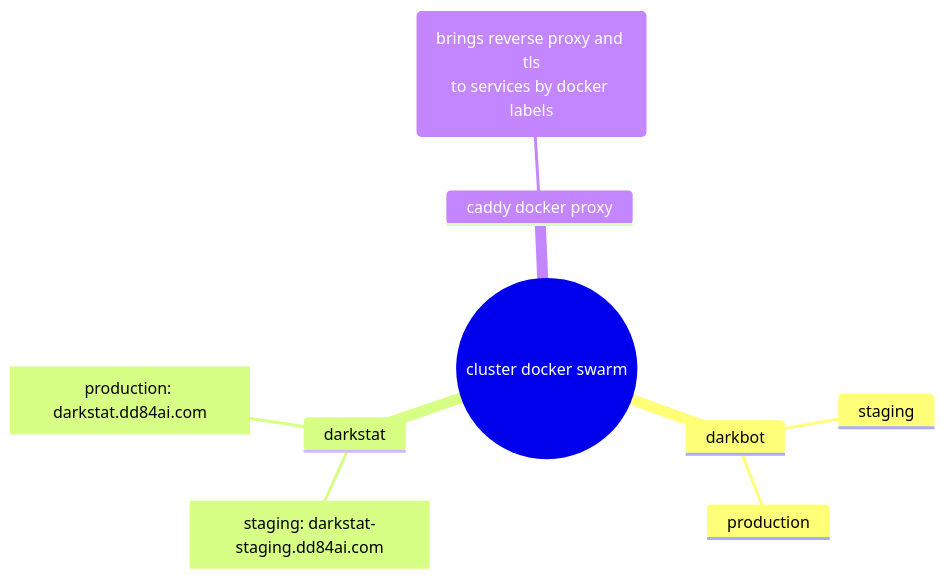
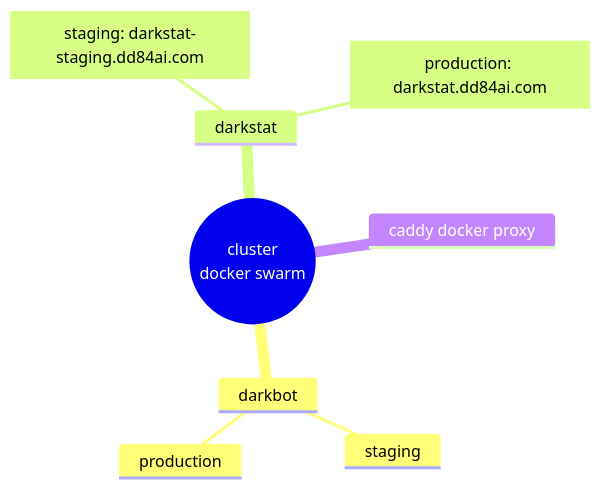
Before and after one commit to darklab8/infra: the diagram in README.md, drawn with Mermaid.

Commit message:
docs: remove mermaid for now

````diff
--- a/README.md
+++ b/README.md
@@ -41,13 +33,12 @@
 ```mermaid
 mindmap
-    ((cluster docker swarm))
+    ((cluster
+    docker swarm))
         darkbot
             staging
             production
         darkstat
             [staging: darkstat-staging.dd84ai.com]
             [production: darkstat.dd84ai.com]
         caddy docker proxy
-            (brings reverse proxy and tls
-            to services by docker labels)
 ```
````
